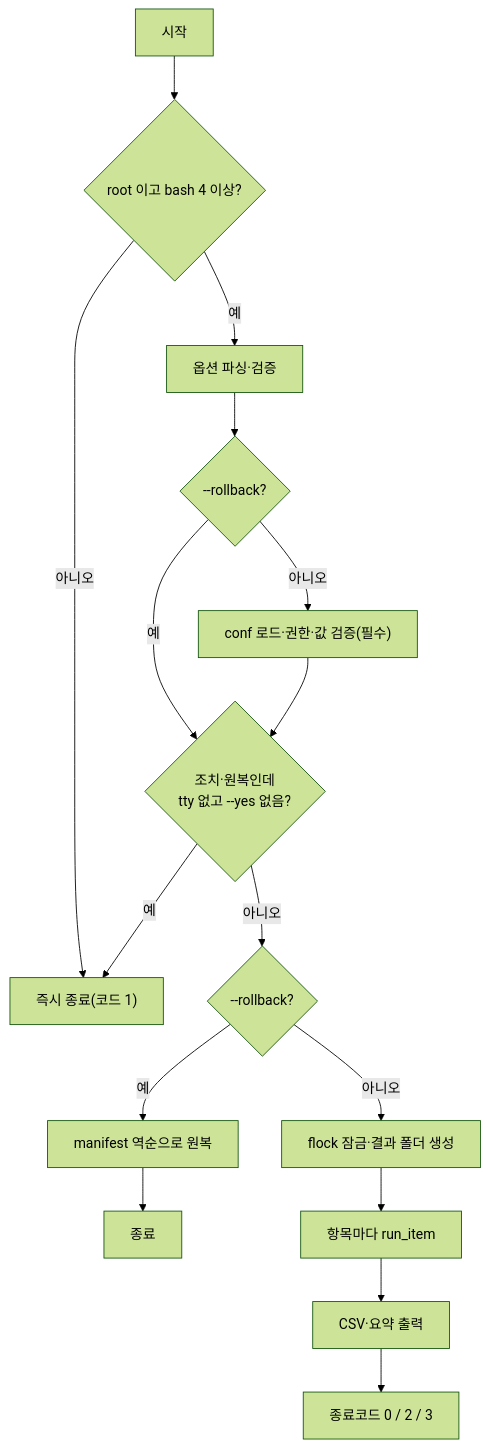
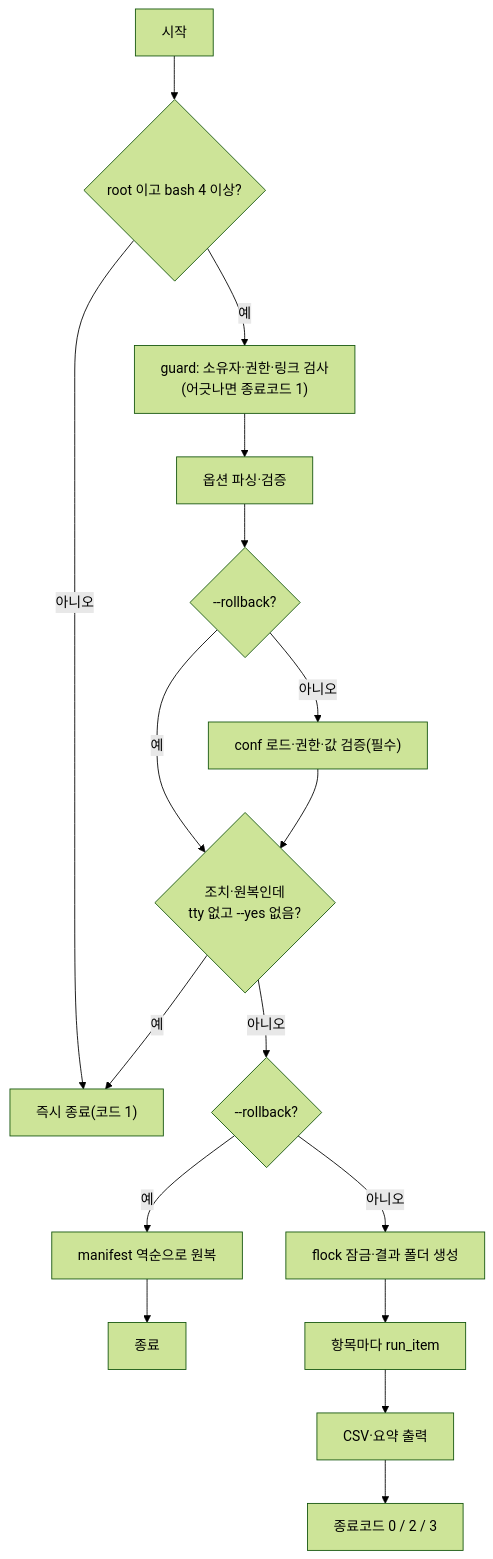
Before and after one commit to yanos0218/Tools: the second of 4 diagrams in vulnerability/docs/architecture.md, drawn with Mermaid (forest theme). The commit also changed other lines of this file and 7 other files, not shown here.

````diff
--- a/vulnerability/docs/architecture.md
+++ b/vulnerability/docs/architecture.md
@@ -18,18 +19,19 @@
 ```mermaid
 flowchart TD
   S["시작"] --> R{"root 이고 bash 4 이상?"}
   R -- 아니오 --> X1["즉시 종료(코드 1)"]
-  R -- 예 --> O["옵션 파싱·검증"]
+  R -- 예 --> GD["guard: 소유자·권한·링크 검사<br/>(어긋나면 종료코드 1)"]
+  GD --> O["옵션 파싱·검증"]
   O --> RBQ{"--rollback?"}
   RBQ -- 아니오 --> CF["conf 로드·권한·값 검증(필수)"]
   RBQ -- 예 --> TTY
   CF --> TTY{"조치·원복인데<br/>tty 없고 --yes 없음?"}
   TTY -- 예 --> X1
   TTY -- 아니오 --> RB2{"--rollback?"}
   RB2 -- 예 --> RB["manifest 역순으로 원복"]
   RB --> E0["종료"]
   RB2 -- 아니오 --> L["flock 잠금·결과 폴더 생성"]
   L --> I["항목마다 run_item"]
   I --> W["CSV·요약 출력"]
   W --> EX["종료코드 0 / 2 / 3"]
 ```
````
